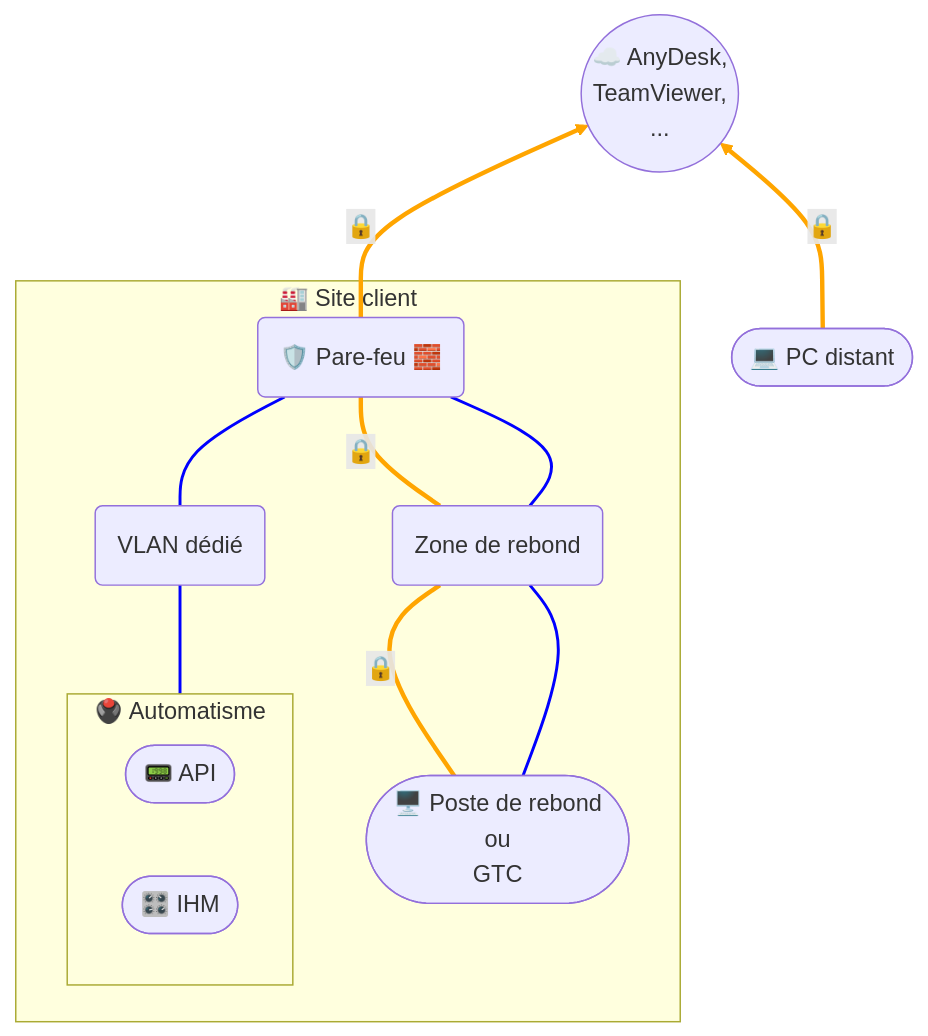
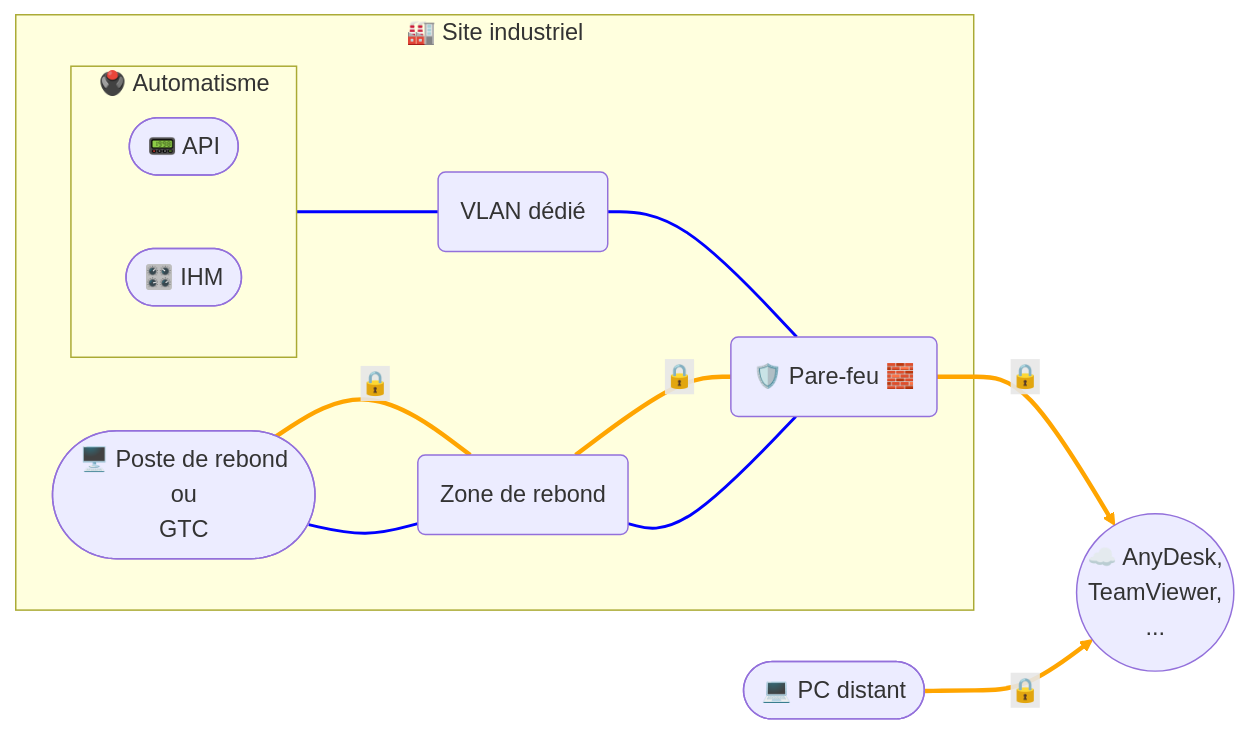
Before and after one commit to JohannPx/network-architectures: the diagram in docs/remote-access/Accès distant - Prise de main à distance.md, drawn with Mermaid. The commit also changed 12 other files, not shown here.

````diff
--- a/docs/remote-access/Accès distant - Prise de main à distance.md
+++ b/docs/remote-access/Accès distant - Prise de main à distance.md
@@ -5,42 +5,42 @@
 ```mermaid
-flowchart BT
+flowchart LR
 
     remote([💻 PC distant])
 
     pmad((☁️ AnyDesk,
     TeamViewer,
     ...))
 
-    subgraph site [🏭 Site client]
+    subgraph site [🏭 Site industriel]
         fw(🛡️ Pare-feu 🧱)
         jumpAera(Zone de rebond)
         vlanAutomation(VLAN dédié)
         jumpServer([🖥️ Poste de rebond
         ou
         GTC])
         subgraph automation [🖲️ Automatisme]
             direction RL
             plc([📟 API])
             hmi([🎛️ IHM])
         end
     end
 
     remote == 🔒 ==> pmad
     fw == 🔒 ==> pmad
     jumpAera == 🔒 === fw
     jumpServer == 🔒 === jumpAera
     vlanAutomation === fw
     automation === vlanAutomation
     jumpServer --- jumpAera
     jumpAera --- fw
 
     linkStyle 0 stroke:orange,stroke-width:3px,color:orange;
     linkStyle 1 stroke:orange,stroke-width:3px,color:orange;
     linkStyle 2 stroke:orange,stroke-width:3px,color:orange;
     linkStyle 3 stroke:orange,stroke-width:3px,color:orange;
     linkStyle 4 stroke:blue,stroke-width:2px;
     linkStyle 5 stroke:blue,stroke-width:2px;
     linkStyle 6 stroke:blue,stroke-width:2px;
     linkStyle 7 stroke:blue,stroke-width:2px;
 
 ```
````
